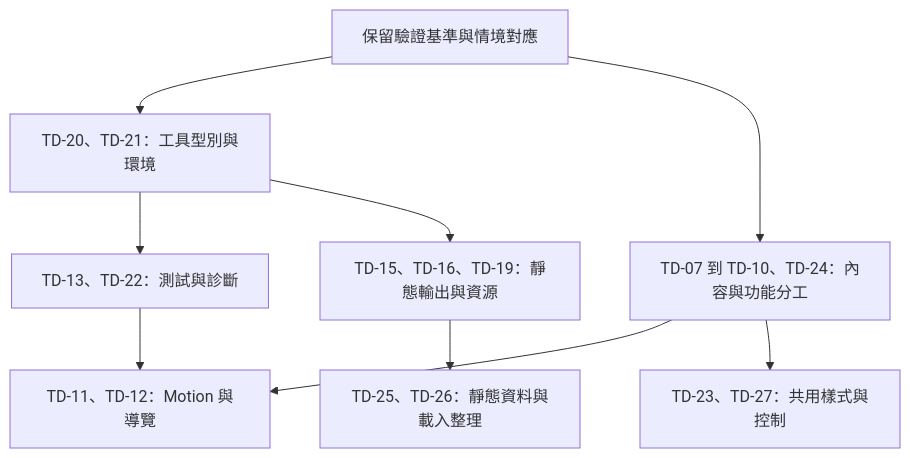
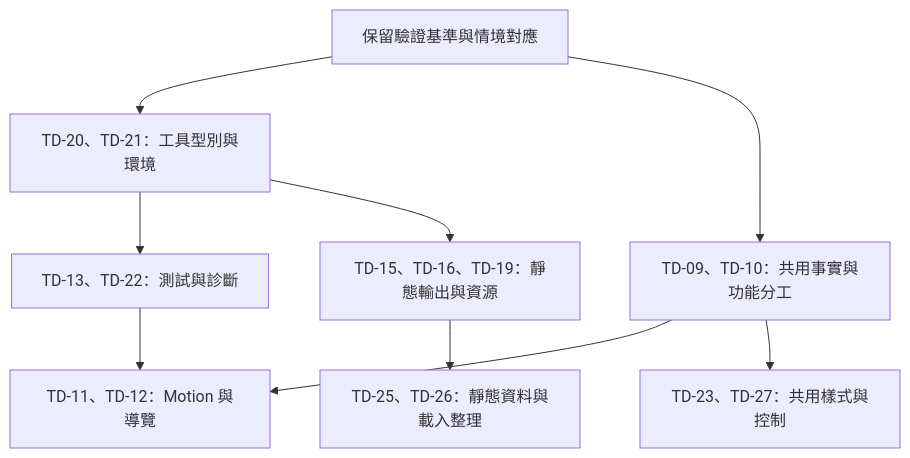
One commit to bingyangchen/bingyangchen.github.io changed the third of 3 diagrams in docs/plans/0001-codebase-technical-debt.md. Above: the diagram before and after it, drawn with Mermaid. The commit also changed other lines of this file and 23 other files, not shown here.

````diff
--- a/docs/plans/0001-codebase-technical-debt.md
+++ b/docs/plans/0001-codebase-technical-debt.md
@@ -306,12 +280,12 @@
 ```mermaid
 flowchart TD
   baseline[保留驗證基準與情境對應]
   baseline --> tooling[TD-20、TD-21：工具型別與環境]
-  baseline --> content[TD-07 到 TD-10、TD-24：內容與功能分工]
+  baseline --> content[TD-09、TD-10：共用事實與功能分工]
   tooling --> tests[TD-13、TD-22：測試與診斷]
   tooling --> build[TD-15、TD-16、TD-19：靜態輸出與資源]
   content --> logic[TD-11、TD-12：Motion 與導覽]
   tests --> logic
   content --> styles[TD-23、TD-27：共用樣式與控制]
   build --> optional[TD-25、TD-26：靜態資料與載入整理]
 ```
````
